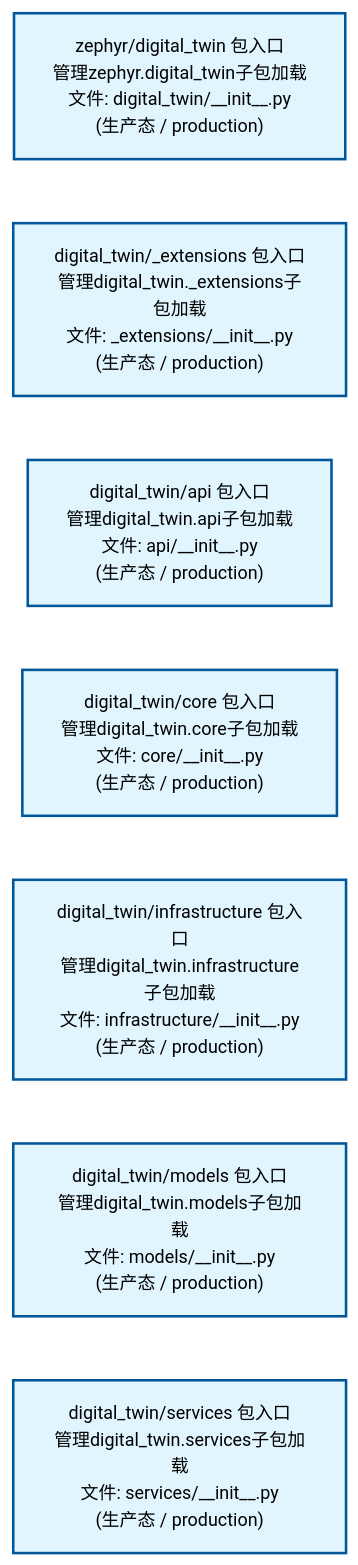
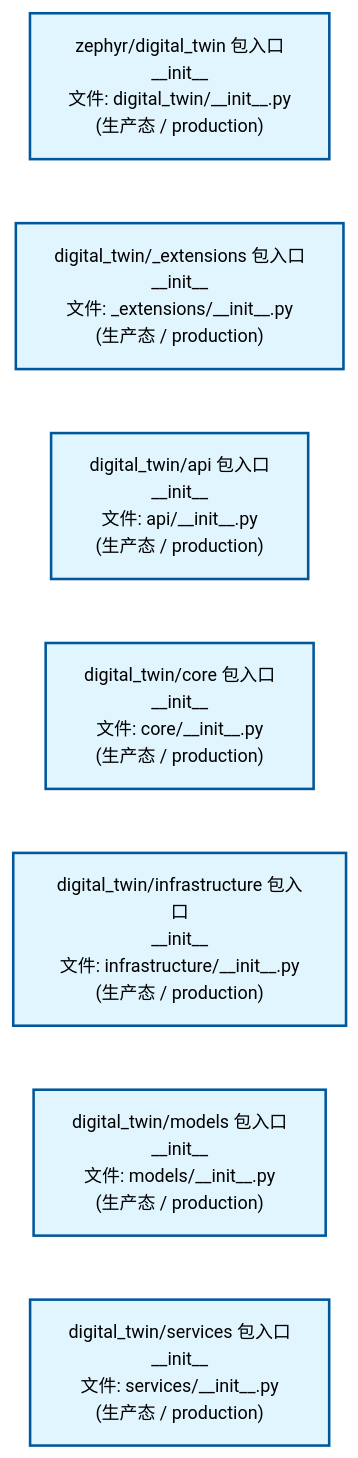
One commit to xuanFelixVan/ZephyrAlpha changed the first of 2 diagrams in docs/02_enterprise_architecture/02_domain_architecture_docs/42_d_digital_twin.md. Above: the diagram before and after it, drawn with Mermaid. The commit also changed other lines of this file and 56 other files, not shown here.

````diff
--- a/docs/02_enterprise_architecture/02_domain_architecture_docs/42_d_digital_twin.md
+++ b/docs/02_enterprise_architecture/02_domain_architecture_docs/42_d_digital_twin.md
@@ -53,22 +53,22 @@
 ```mermaid
 %%{init: {'theme': 'base', 'themeVariables': {'primaryColor': '#eaeaea', 'primaryTextColor': '#333333', 'primaryBorderColor': '#666666', 'lineColor': '#666666', 'secondaryColor': '#eaeaea', 'tertiaryColor': '#eaeaea', 'fontSize': '14px'}}}%%
 flowchart TD
-    src_zephyr_digital_twin_init_py["zephyr/digital_twin 包入口<br/>管理zephyr.digital_twin子包加载<br/>文件: digital_twin/__init__.py<br/>(生产态 / production)"]
-    src_zephyr_digital_twin_extensions_init_py["digital_twin/_extensions 包入口<br/>管理digital_twin._extensions子包加载<br/>文件: _extensions/__init__.py<br/>(生产态 / production)"]
-    src_zephyr_digital_twin_api_init_py["digital_twin/api 包入口<br/>管理digital_twin.api子包加载<br/>文件: api/__init__.py<br/>(生产态 / production)"]
-    src_zephyr_digital_twin_core_init_py["digital_twin/core 包入口<br/>管理digital_twin.core子包加载<br/>文件: core/__init__.py<br/>(生产态 / production)"]
-    src_zephyr_digital_twin_infrastructure_init_py["digital_twin/infrastructure 包入口<br/>管理digital_twin.infrastructure子包加载<br/>文件: infrastructure/__init__.py<br/>(生产态 / production)"]
-    src_zephyr_digital_twin_models_init_py["digital_twin/models 包入口<br/>管理digital_twin.models子包加载<br/>文件: models/__init__.py<br/>(生产态 / production)"]
-    src_zephyr_digital_twin_services_init_py["digital_twin/services 包入口<br/>管理digital_twin.services子包加载<br/>文件: services/__init__.py<br/>(生产态 / production)"]
+    src_zephyr_digital_twin_init_py["zephyr/digital_twin 包入口<br/>__init__<br/>文件: digital_twin/__init__.py<br/>(生产态 / production)"]
+    src_zephyr_digital_twin_extensions_init_py["digital_twin/_extensions 包入口<br/>__init__<br/>文件: _extensions/__init__.py<br/>(生产态 / production)"]
+    src_zephyr_digital_twin_api_init_py["digital_twin/api 包入口<br/>__init__<br/>文件: api/__init__.py<br/>(生产态 / production)"]
+    src_zephyr_digital_twin_core_init_py["digital_twin/core 包入口<br/>__init__<br/>文件: core/__init__.py<br/>(生产态 / production)"]
+    src_zephyr_digital_twin_infrastructure_init_py["digital_twin/infrastructure 包入口<br/>__init__<br/>文件: infrastructure/__init__.py<br/>(生产态 / production)"]
+    src_zephyr_digital_twin_models_init_py["digital_twin/models 包入口<br/>__init__<br/>文件: models/__init__.py<br/>(生产态 / production)"]
+    src_zephyr_digital_twin_services_init_py["digital_twin/services 包入口<br/>__init__<br/>文件: services/__init__.py<br/>(生产态 / production)"]
     src_zephyr_digital_twin_init_py ~~~ src_zephyr_digital_twin_extensions_init_py
     src_zephyr_digital_twin_extensions_init_py ~~~ src_zephyr_digital_twin_api_init_py
     src_zephyr_digital_twin_api_init_py ~~~ src_zephyr_digital_twin_core_init_py
     src_zephyr_digital_twin_core_init_py ~~~ src_zephyr_digital_twin_infrastructure_init_py
     src_zephyr_digital_twin_infrastructure_init_py ~~~ src_zephyr_digital_twin_models_init_py
     src_zephyr_digital_twin_models_init_py ~~~ src_zephyr_digital_twin_services_init_py
     classDef production fill:#e1f5fe,stroke:#01579b,stroke-width:2px,color:#000
     classDef design fill:#fff3e0,stroke:#e65100,stroke-width:2px,color:#000,stroke-dasharray: 5 5
     classDef external_prod fill:#e8f4fd,stroke:#0277bd,stroke-width:1px,color:#000
     classDef external_design fill:#fff8e7,stroke:#ef6c00,stroke-width:1px,color:#000,stroke-dasharray: 5 5
     class src_zephyr_digital_twin_init_py,src_zephyr_digital_twin_extensions_init_py,src_zephyr_digital_twin_api_init_py,src_zephyr_digital_twin_core_init_py,src_zephyr_digital_twin_infrastructure_init_py,src_zephyr_digital_twin_models_init_py,src_zephyr_digital_twin_services_init_py production
 ```
````
